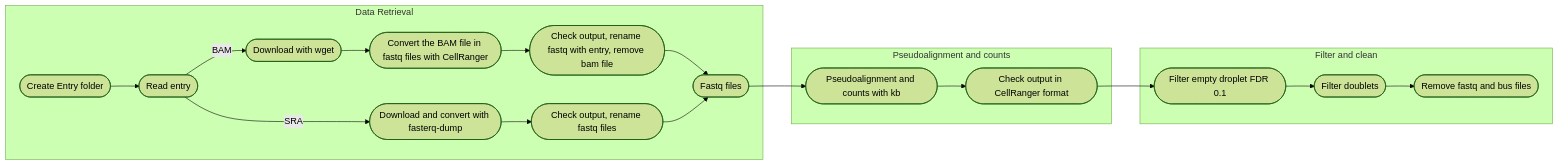
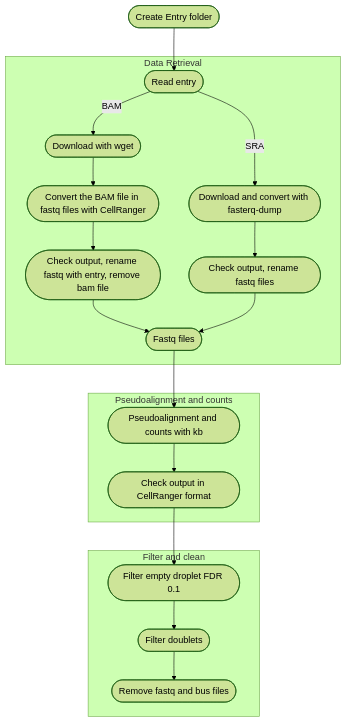
The diagram in Pre-process/README.md (VergaJU/BoneMarrow_scRNA-Seq), drawn with Mermaid (forest theme) before and after one commit.

````diff
--- a/Pre-process/README.md
+++ b/Pre-process/README.md
@@ -15,22 +15,22 @@
 ```mermaid
-    flowchart LR
+    flowchart TB
+      A([Create Entry folder]) --> B([Read entry])
       subgraph Data Retrieval
-      A([Create Entry folder]) --> B([Read entry])
       B -- BAM --> C([Download with wget])
       C --> D([Convert the BAM file in fastq files with CellRanger])
       D --> E([Check output, rename fastq with entry, remove bam file])
       E --> H([Fastq files])
       B -- SRA --> F([Download and convert with fasterq-dump])
       F --> G([Check output, rename fastq files])
       end
       subgraph Pseudoalignment and counts
       G --> H
       H --> I([Pseudoalignment and counts with kb])
       I --> J([Check output in CellRanger format])
       end
       subgraph Filter and clean
       J --> K([Filter empty droplet FDR 0.1])
       K --> L([Filter doublets])
       L --> M([Remove fastq and bus files])
       end
 ```
````
